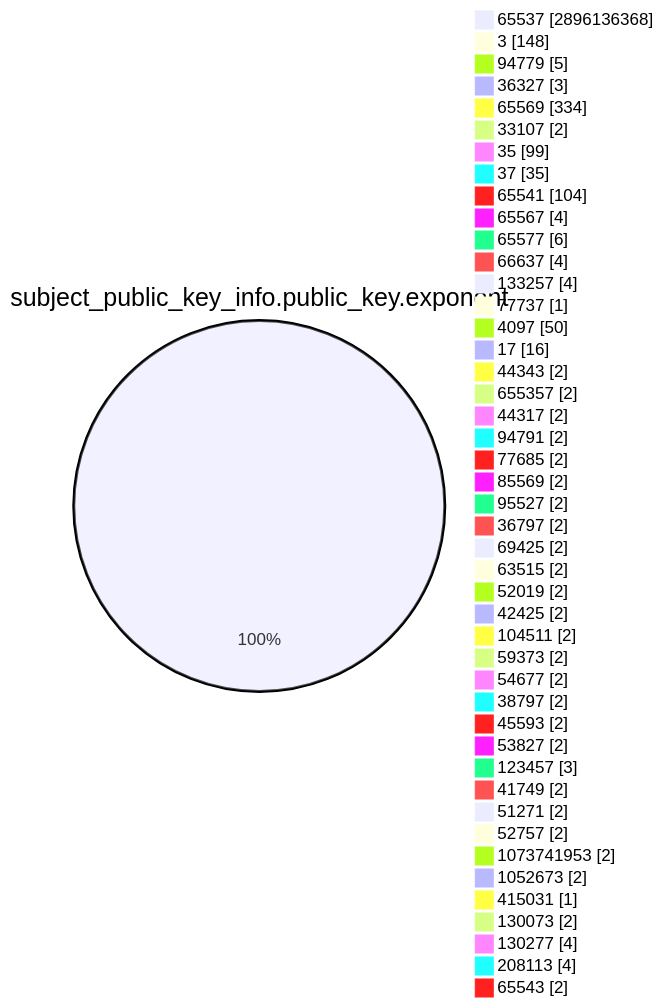
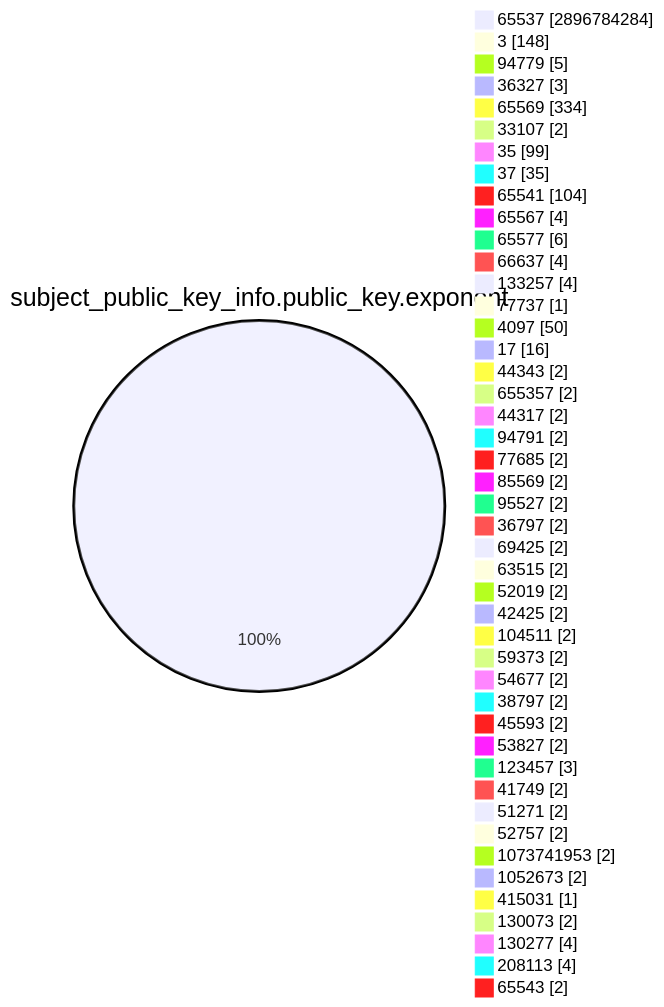
Before and after one commit to christiankrug/ctmonitor_visualization: the fourth of 15 diagrams in TOTAL/README.md, drawn with Mermaid. The commit also changed other lines of this file, not shown here.

````diff
--- a/TOTAL/README.md
+++ b/TOTAL/README.md
@@ -1468,49 +1469,49 @@
 ```mermaid
 pie showData
 title subject_public_key_info.public_key.exponent
-"65537" :2896136368
+"65537" :2896784284
 "3" :148
 "94779" :5
 "36327" :3
 "65569" :334
 "33107" :2
 "35" :99
 "37" :35
 "65541" :104
 "65567" :4
 "65577" :6
 "66637" :4
 "133257" :4
 "77737" :1
 "4097" :50
 "17" :16
 "44343" :2
 "655357" :2
 "44317" :2
 "94791" :2
 "77685" :2
 "85569" :2
 "95527" :2
 "36797" :2
 "69425" :2
 "63515" :2
 "52019" :2
 "42425" :2
 "104511" :2
 "59373" :2
 "54677" :2
 "38797" :2
 "45593" :2
 "53827" :2
 "123457" :3
 "41749" :2
 "51271" :2
 "52757" :2
 "1073741953" :2
 "1052673" :2
 "415031" :1
 "130073" :2
 "130277" :4
 "208113" :4
 "65543" :2
 ```
````
